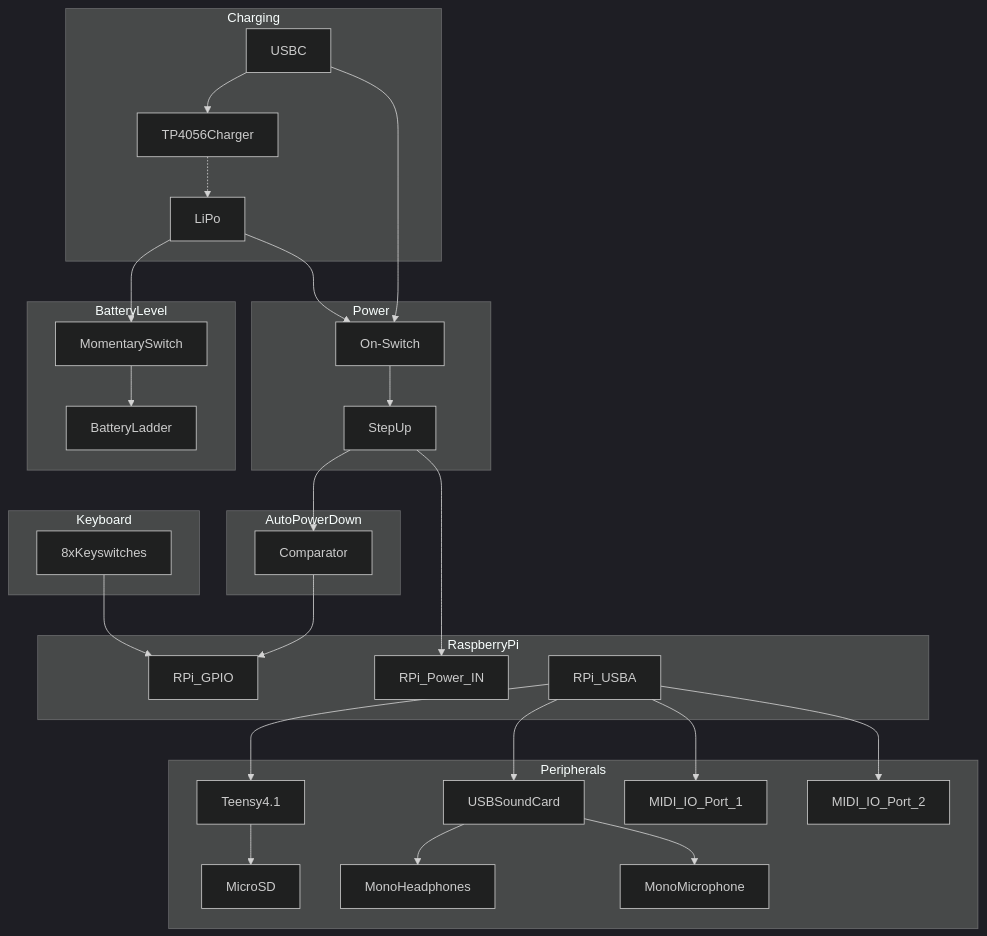
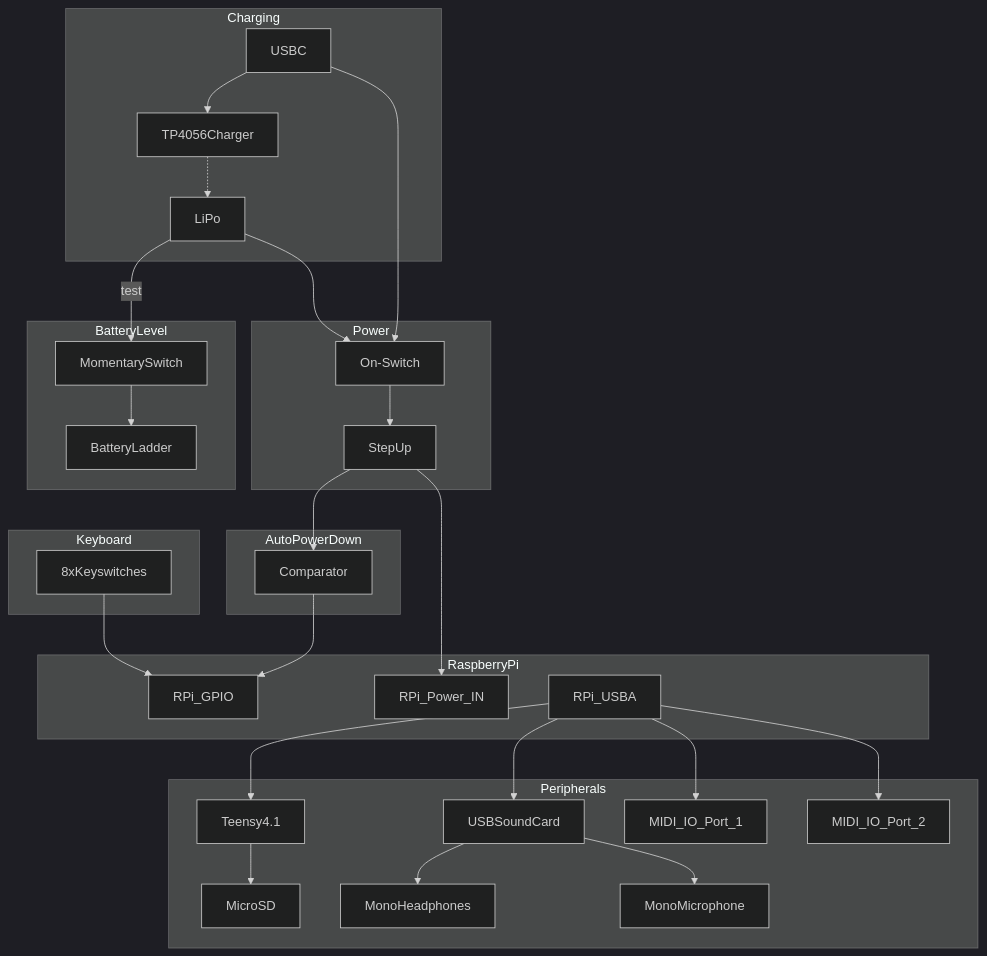
Before and after one commit to KieranReck/KieranReck.github.io: the diagram in _posts/2024-07-09-M8-HEADLESS.md, drawn with Mermaid (dark theme). The commit also changed other lines of this file, not shown here.

````diff
--- a/_posts/2024-07-09-M8-HEADLESS.md
+++ b/_posts/2024-07-09-M8-HEADLESS.md
@@ -106,51 +106,51 @@
 ```mermaid
 flowchart TB
 
 	subgraph Charging
 		USBC --> TP4056Charger  -.-> LiPo	
 	end
 
-	LiPo --> MomentarySwitch
+	LiPo --test--> MomentarySwitch
 	
 	subgraph BatteryLevel
 		MomentarySwitch --> BatteryLadder
 	end
 
 	subgraph AutoPowerDown
 		Comparator
 	end
 	
 	subgraph Keyboard
 		8xKeyswitches
 	end
 
 	subgraph Power
 		LiPo --> On-Switch 
 		On-Switch --> StepUp
 		USBC --> On-Switch 
 		StepUp --> Comparator
 	end
 
 	StepUp --> RPi_Power_IN
 	Comparator --> RPi_GPIO
 	RPi_USBA --> Teensy4.1
 	RPi_USBA --> USBSoundCard
 	RPi_USBA --> MIDI_IO_Port_1
 	RPi_USBA --> MIDI_IO_Port_2
 	8xKeyswitches --> RPi_GPIO
 	
 	subgraph Peripherals
 		Teensy4.1 --> MicroSD
 		USBSoundCard --> MonoHeadphones
 		USBSoundCard --> MonoMicrophone
 		MIDI_IO_Port_1
 		MIDI_IO_Port_2
 	end
 
 	subgraph RaspberryPi
 		RPi_USBA
 		RPi_Power_IN
 		RPi_GPIO
 	end
 
 ```
````
